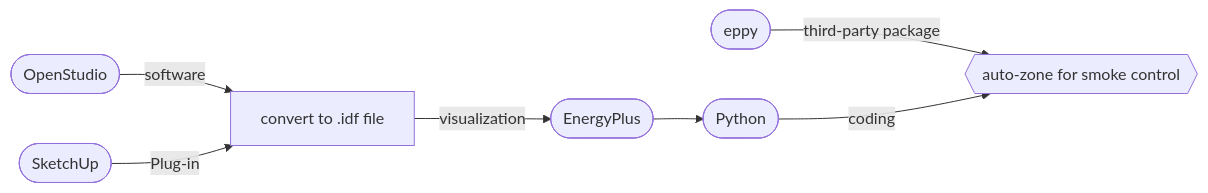
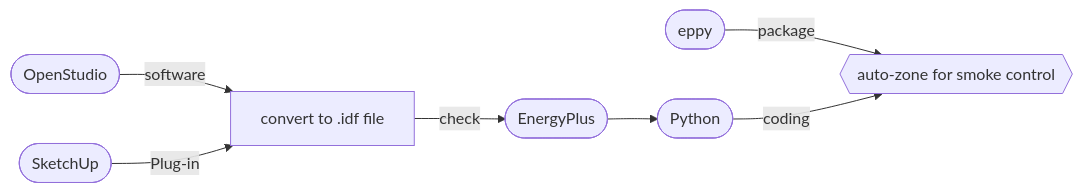
Before and after one commit to Hurricane-k/carry-bio: the second of 2 diagrams in content/posts/blog9/index.md, drawn with Mermaid. The commit also changed other lines of this file and 14 other files, not shown here.

```diff
--- a/content/posts/blog9/index.md
+++ b/content/posts/blog9/index.md
@@ -61,9 +62,9 @@
 {{<mermaid>}}
 flowchart LR
 A([OpenStudio]) -->|software| C["convert to .idf file"]
 B([SketchUp]) -->|Plug-in| C["convert to .idf file"]
-C -->|visualization| D([EnergyPlus])
+C -->|check| D([EnergyPlus])
 D --> E([Python])
-F([eppy]) -->|third-party package| G{{auto-zone for smoke control}}
+F([eppy]) -->|package| G{{auto-zone for smoke control}}
 E -->|coding| G
 {{</mermaid>}}
```
